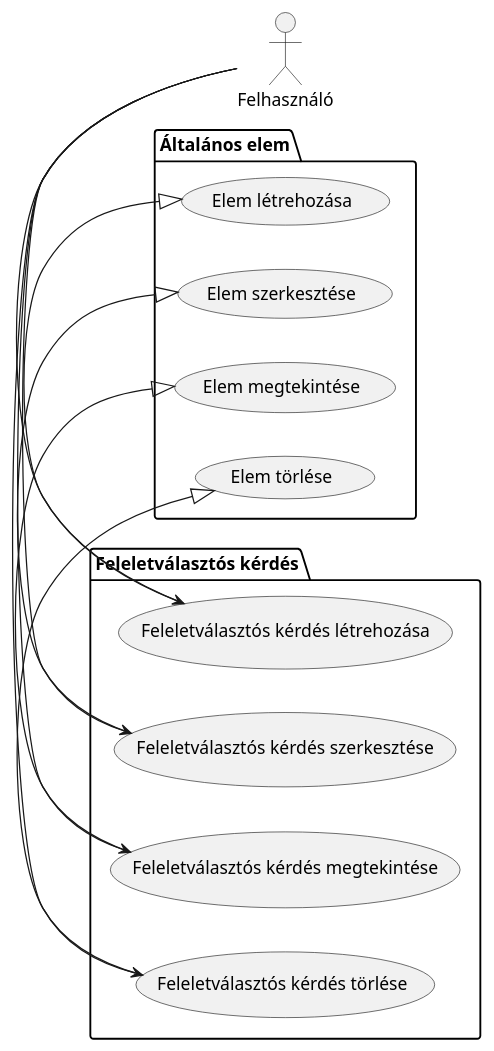
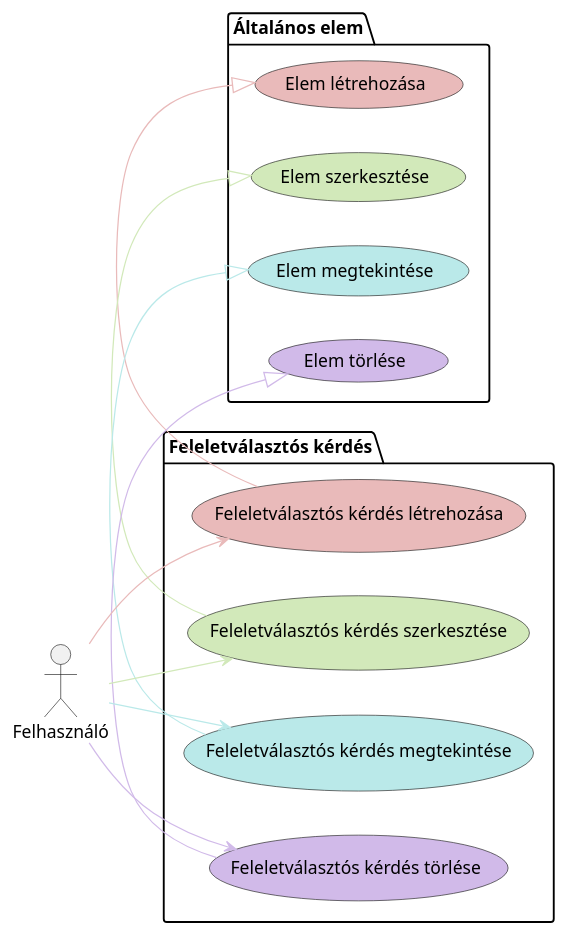
The diagram in DiplomatervSablon_LaTeX_v1/figures/plantuml/usecase/mc.puml (LaciProg/Szakdolgozat), drawn with PlantUML before and after one commit. The commit also changed 32 other files, not shown here.

```diff
--- a/DiplomatervSablon_LaTeX_v1/figures/plantuml/usecase/mc.puml
+++ b/DiplomatervSablon_LaTeX_v1/figures/plantuml/usecase/mc.puml
@@ -1,31 +1,31 @@
 @startuml MultipleChoiceQuestion Diagram
 
 left to right direction
 
 actor Felhasználó
 
 package "Általános elem" {
-    usecase "Elem létrehozása" as CreateElement
-    usecase "Elem szerkesztése" as EditElement
-    usecase "Elem megtekintése" as ViewElement
-    usecase "Elem törlése" as DeleteElement
+    usecase "Elem létrehozása" as CreateElement #E9BABA
+    usecase "Elem szerkesztése" as EditElement #D2E9BA
+    usecase "Elem megtekintése" as ViewElement #BAE9E9
+    usecase "Elem törlése" as DeleteElement #D1BAE9
 }
 
 package "Feleletválasztós kérdés" {
-    usecase "Feleletválasztós kérdés létrehozása" as CreateMultipleChoiceQuestion
-    usecase "Feleletválasztós kérdés szerkesztése" as EditMultipleChoiceQuestion
-    usecase "Feleletválasztós kérdés megtekintése" as ViewMultipleChoiceQuestion
-    usecase "Feleletválasztós kérdés törlése" as DeleteMultipleChoiceQuestion
+    usecase "Feleletválasztós kérdés létrehozása" as CreateMultipleChoiceQuestion #E9BABA
+    usecase "Feleletválasztós kérdés szerkesztése" as EditMultipleChoiceQuestion #D2E9BA
+    usecase "Feleletválasztós kérdés megtekintése" as ViewMultipleChoiceQuestion #BAE9E9
+    usecase "Feleletválasztós kérdés törlése" as DeleteMultipleChoiceQuestion #D1BAE9
 
-    CreateMultipleChoiceQuestion -|> CreateElement
-    EditMultipleChoiceQuestion -|> EditElement
-    ViewMultipleChoiceQuestion -|> ViewElement
-    DeleteMultipleChoiceQuestion -|> DeleteElement
+    CreateMultipleChoiceQuestion -[#E9BABA]|> CreateElement
+    EditMultipleChoiceQuestion -[#D2E9BA]|> EditElement
+    ViewMultipleChoiceQuestion -[#BAE9E9]|> ViewElement
+    DeleteMultipleChoiceQuestion -[#D1BAE9]|> DeleteElement
 }
 
-Felhasználó -> CreateMultipleChoiceQuestion
-Felhasználó -> EditMultipleChoiceQuestion
-Felhasználó -> ViewMultipleChoiceQuestion
-Felhasználó -> DeleteMultipleChoiceQuestion
+Felhasználó -[#E9BABA]-> CreateMultipleChoiceQuestion
+Felhasználó -[#D2E9BA]-> EditMultipleChoiceQuestion
+Felhasználó -[#BAE9E9]-> ViewMultipleChoiceQuestion
+Felhasználó -[#D1BAE9]-> DeleteMultipleChoiceQuestion
 
 @enduml
```
